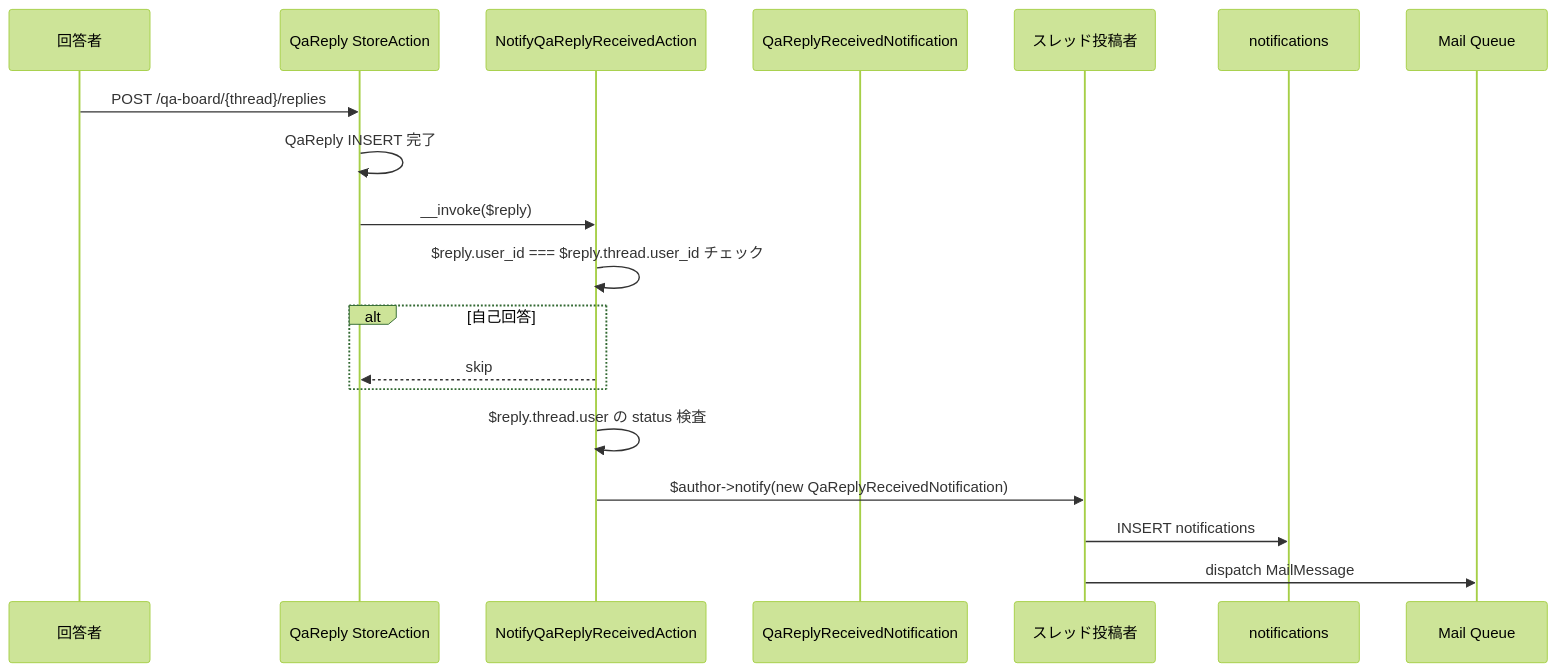
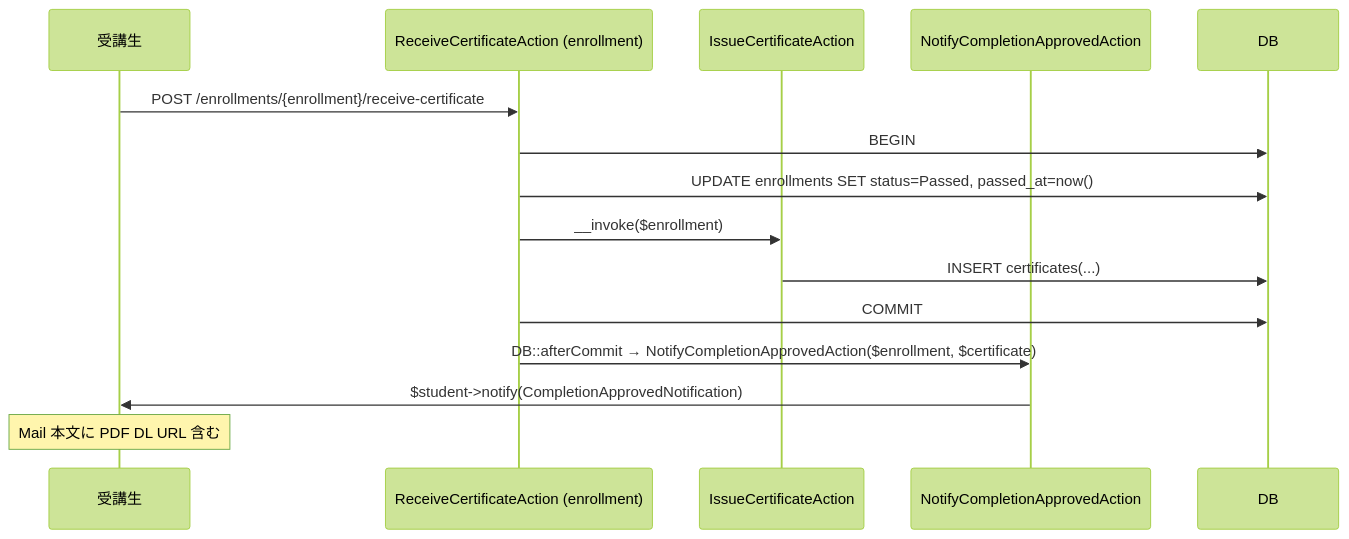
One commit to coachtech-mockcase-second/ExampleAnswer-mockcase-CertifyLMS changed the third of 4 diagrams in docs/specs/notification/design.md. Above: the diagram before and after it, drawn with Mermaid (forest theme). The commit also changed other lines of this file and 67 other files, not shown here.

````diff
--- a/docs/specs/notification/design.md
+++ b/docs/specs/notification/design.md
@@ -86,22 +105,18 @@
 ```mermaid
 sequenceDiagram
-    participant Replier as 回答者
-    participant QaSA as QaReply StoreAction
-    participant NotifyA as NotifyQaReplyReceivedAction
-    participant NClass as QaReplyReceivedNotification
-    participant Author as スレッド投稿者
-    participant DB as notifications
-    participant Mail as Mail Queue
+    participant Student as 受講生
+    participant RCA as ReceiveCertificateAction (enrollment)
+    participant ICA as IssueCertificateAction
+    participant Notif as NotifyCompletionApprovedAction
+    participant DB as DB
 
-    Replier->>QaSA: POST /qa-board/{thread}/replies
-    QaSA->>QaSA: QaReply INSERT 完了
-    QaSA->>NotifyA: __invoke($reply)
-    NotifyA->>NotifyA: $reply.user_id === $reply.thread.user_id チェック
-    alt 自己回答
-        NotifyA-->>QaSA: skip
-    end
-    NotifyA->>NotifyA: $reply.thread.user の status 検査
-    NotifyA->>Author: $author->notify(new QaReplyReceivedNotification)
-    Author->>DB: INSERT notifications
-    Author->>Mail: dispatch MailMessage
+    Student->>RCA: POST /enrollments/{enrollment}/receive-certificate
+    RCA->>DB: BEGIN
+    RCA->>DB: UPDATE enrollments SET status=Passed, passed_at=now()
+    RCA->>ICA: __invoke($enrollment)
+    ICA->>DB: INSERT certificates(...)
+    RCA->>DB: COMMIT
+    RCA->>Notif: DB::afterCommit → NotifyCompletionApprovedAction($enrollment, $certificate)
+    Notif->>Student: $student->notify(CompletionApprovedNotification)
+    Note over Student: Mail 本文に PDF DL URL 含む
 ```
````
